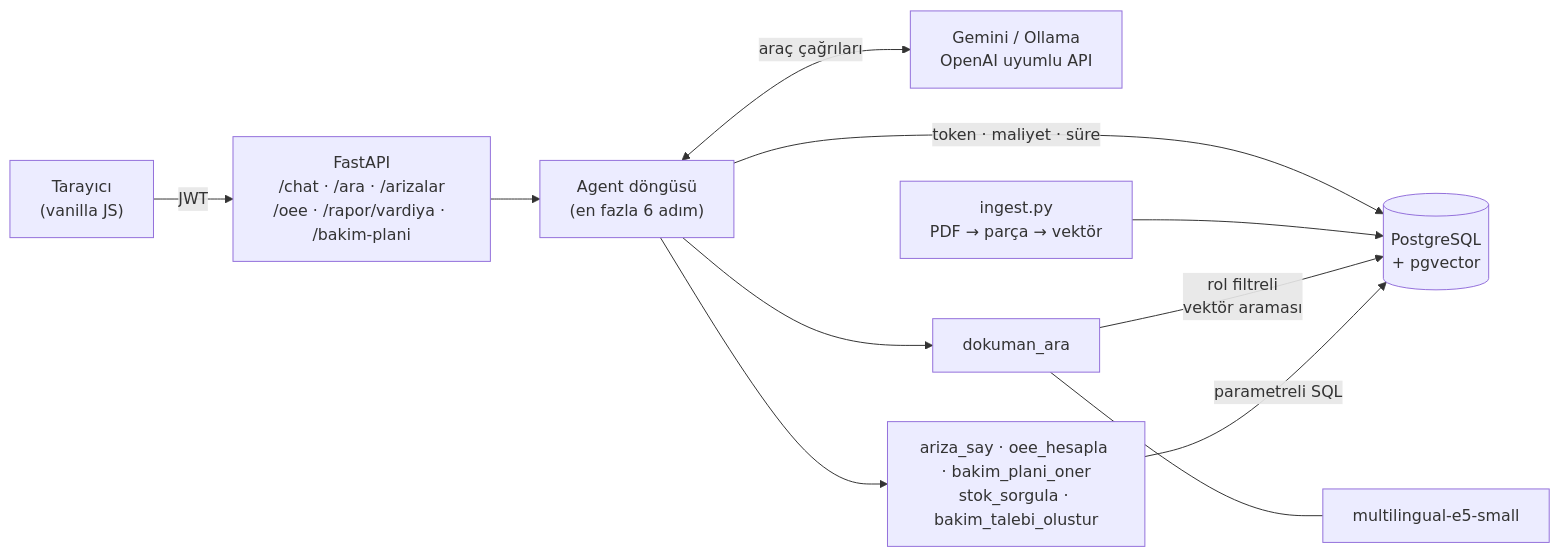
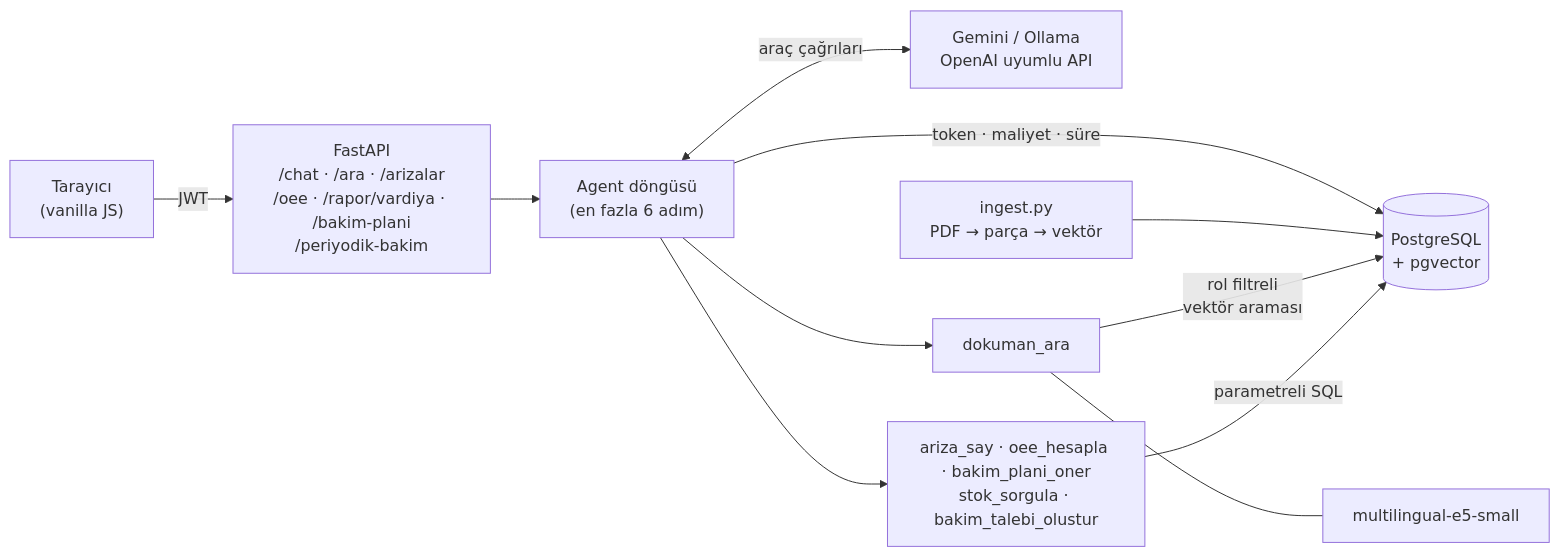
The diagram in README.md (omer1916/HataAsistani), drawn with Mermaid before and after one commit. The commit also changed other lines of this file and 28 other files, not shown here.

````diff
--- a/README.md
+++ b/README.md
@@ -61,13 +70,13 @@
 ```mermaid
 flowchart LR
-    K["Tarayıcı<br/>(vanilla JS)"] -->|JWT| API["FastAPI<br/>/chat · /ara · /arizalar<br/>/oee · /rapor/vardiya · /bakim-plani"]
+    K["Tarayıcı<br/>(vanilla JS)"] -->|JWT| API["FastAPI<br/>/chat · /ara · /arizalar<br/>/oee · /rapor/vardiya · /bakim-plani<br/>/periyodik-bakim"]
     API --> AG["Agent döngüsü<br/>(en fazla 6 adım)"]
     AG <-->|"araç çağrıları"| LLM["Gemini / Ollama<br/>OpenAI uyumlu API"]
     AG --> T1["ariza_say · oee_hesapla · bakim_plani_oner<br/>stok_sorgula · bakim_talebi_olustur"]
     AG --> T2["dokuman_ara"]
     T1 -->|"parametreli SQL"| PG[("PostgreSQL<br/>+ pgvector")]
     T2 -->|"rol filtreli<br/>vektör araması"| PG
     T2 --- EMB["multilingual-e5-small"]
     ING["ingest.py<br/>PDF → parça → vektör"] --> PG
     AG -->|"token · maliyet · süre"| PG
 ```
````
